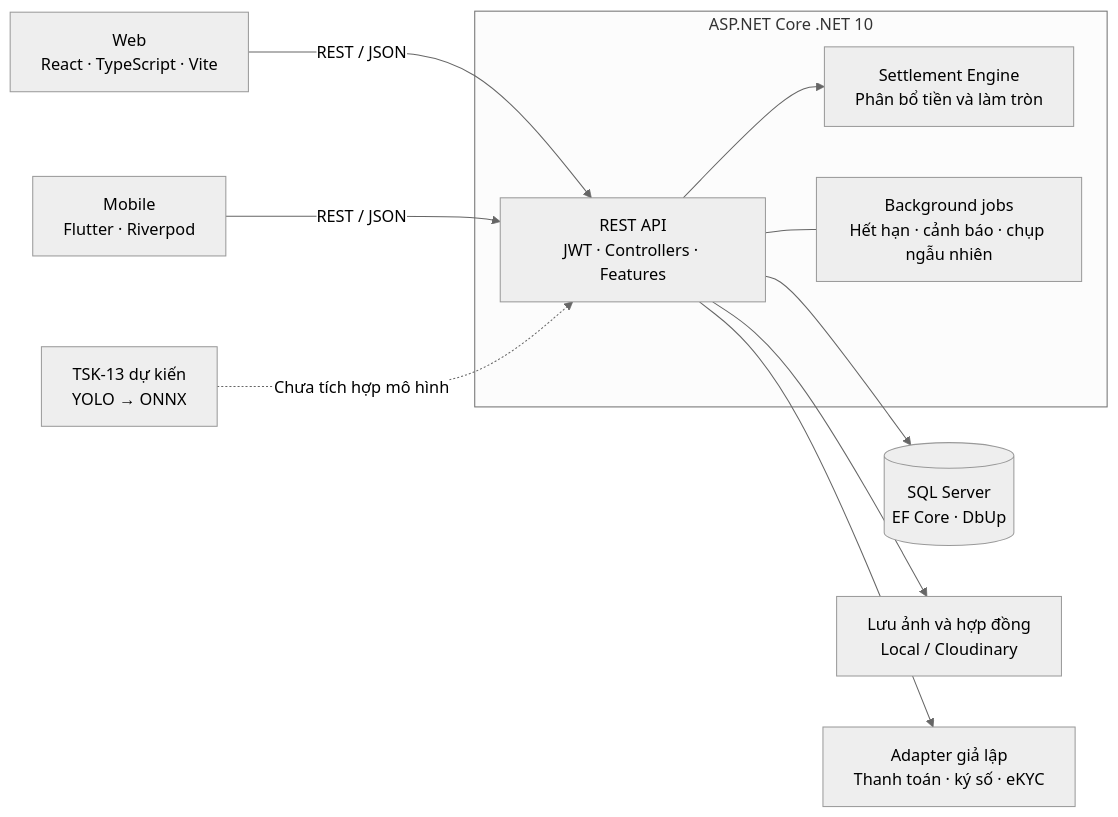
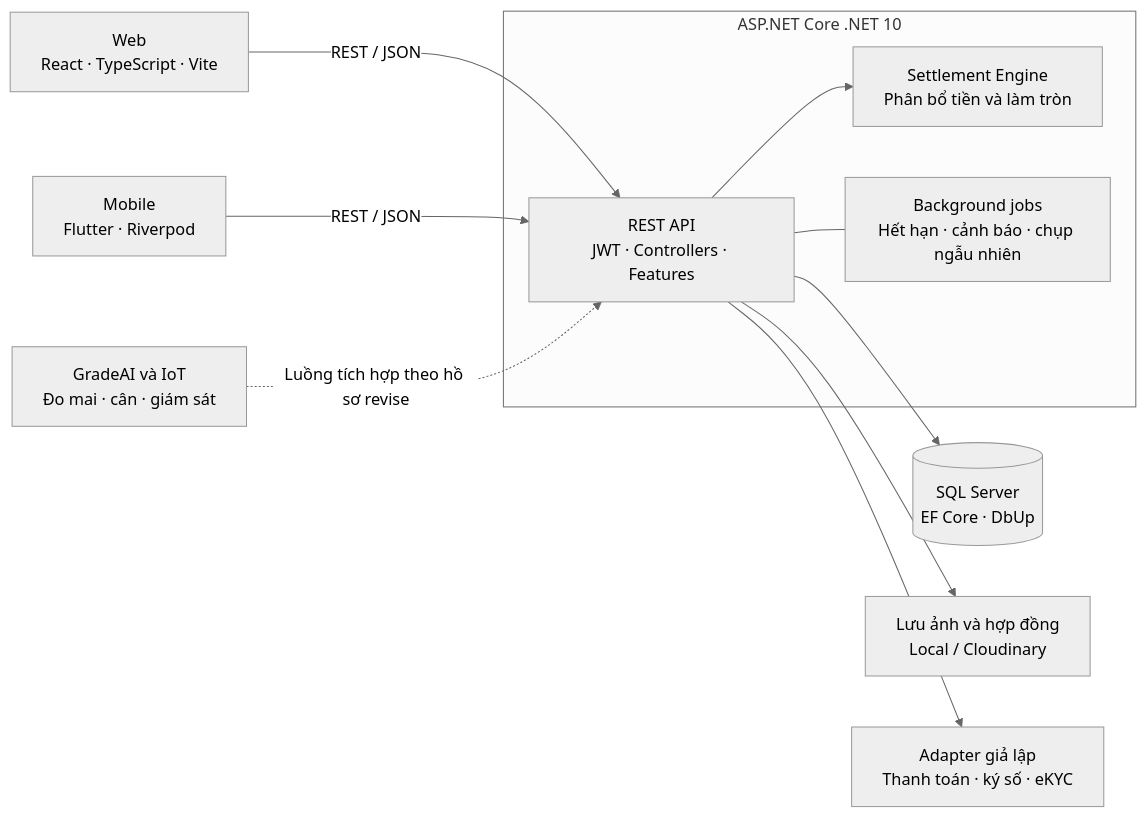
Before and after one commit to thienhoibai/crabshare: the diagram in README.md, drawn with Mermaid (neutral theme). The commit also changed other lines of this file, not shown here.

First line of the commit message:
Revise project scope in README

````diff
--- a/README.md
+++ b/README.md
@@ -160,25 +196,25 @@
 ```mermaid
 flowchart LR
     WEB["Web<br/>React · TypeScript · Vite"]
     APP["Mobile<br/>Flutter · Riverpod"]
 
     subgraph BACKEND["ASP.NET Core .NET 10"]
         API["REST API<br/>JWT · Controllers · Features"]
         ENGINE["Settlement Engine<br/>Phân bổ tiền và làm tròn"]
         JOBS["Background jobs<br/>Hết hạn · cảnh báo · chụp ngẫu nhiên"]
         API --> ENGINE
         API --- JOBS
     end
 
     DB[("SQL Server<br/>EF Core · DbUp")]
     FILES["Lưu ảnh và hợp đồng<br/>Local / Cloudinary"]
     EXT["Adapter giả lập<br/>Thanh toán · ký số · eKYC"]
-    AI["TSK-13 dự kiến<br/>YOLO → ONNX"]
+    AI["GradeAI và IoT<br/>Đo mai · cân · giám sát"]
 
     WEB -->|REST / JSON| API
     APP -->|REST / JSON| API
     API --> DB
     API --> FILES
     API --> EXT
-    AI -.->|Chưa tích hợp mô hình| API
+    AI -.->|Luồng tích hợp theo hồ sơ revise| API
 ```
````
